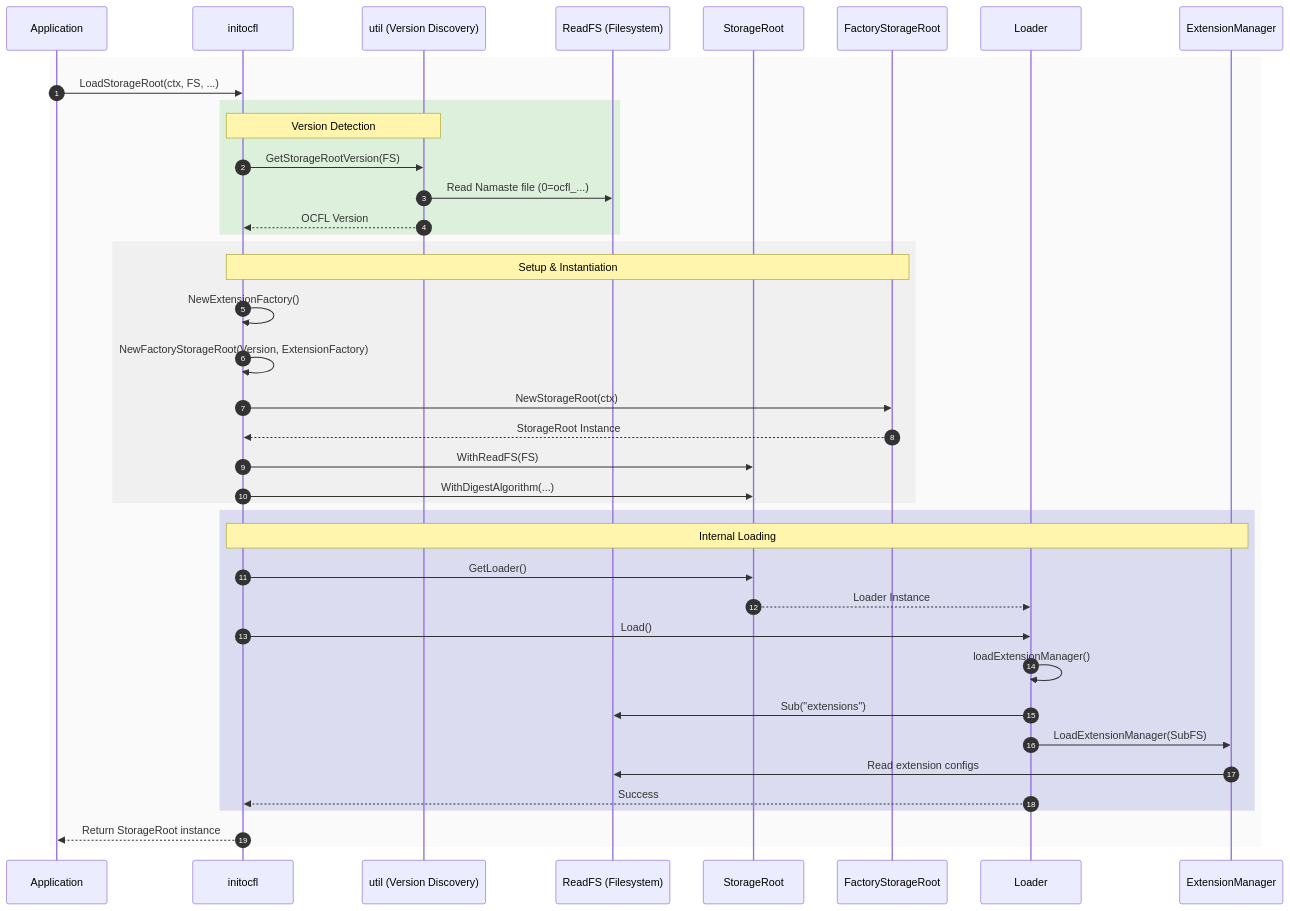
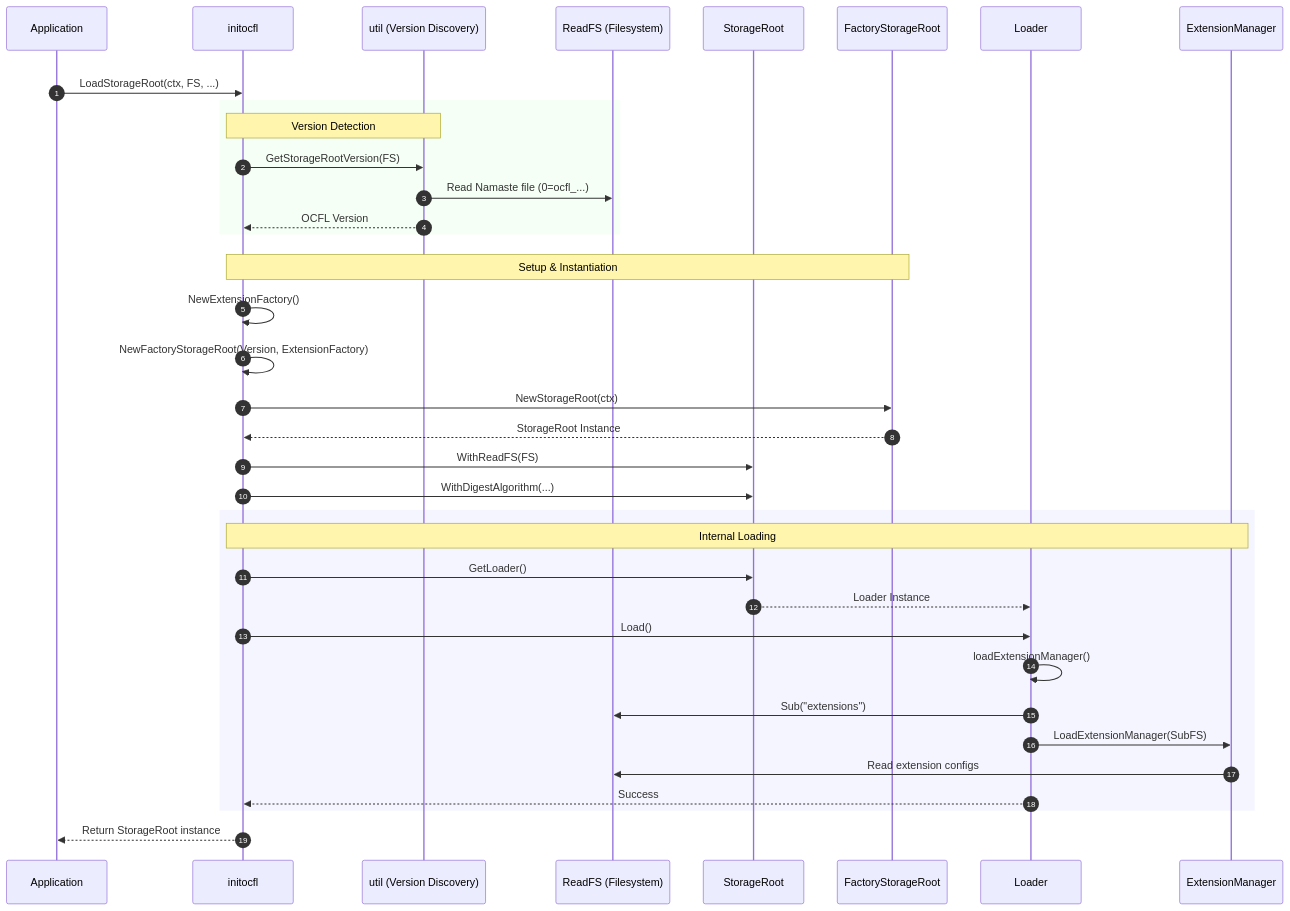
Before and after one commit to ocfl-archive/gocfl: the diagram in pkg/ocfl/storageroot/docs/load_sequence.md, drawn with Mermaid. The commit also changed 4 other files, not shown here.

Commit message:
Updated Mermaid sequence diagrams across documentation to enhance color consistency in `rect` syntax for improved readability.

````diff
--- a/pkg/ocfl/storageroot/docs/load_sequence.md
+++ b/pkg/ocfl/storageroot/docs/load_sequence.md
@@ -9,47 +9,47 @@
 ```mermaid
 sequenceDiagram
     autonumber
-    rect rgb(250, 250, 250)
+    rect rgb(255, 255, 255)
     participant App as Application
     participant Init as initocfl
     participant Util as util (Version Discovery)
     participant FS as ReadFS (Filesystem)
     participant SR as StorageRoot
     participant Factory as FactoryStorageRoot
     participant Loader as Loader
     participant EM as ExtensionManager
 
     App->>Init: LoadStorageRoot(ctx, FS, ...)
     
-    rect rgb(220, 240, 220)
+    rect rgb(245, 255, 245)
     Note over Init, Util: Version Detection
     Init->>Util: GetStorageRootVersion(FS)
     Util->>FS: Read Namaste file (0=ocfl_...)
     Util-->>Init: OCFL Version
     end
 
-    rect rgb(240, 240, 240)
+    rect rgb(255, 255, 255)
     Note over Init, Factory: Setup & Instantiation
     Init->>Init: NewExtensionFactory()
     Init->>Init: NewFactoryStorageRoot(Version, ExtensionFactory)
     Init->>Factory: NewStorageRoot(ctx)
     Factory-->>Init: StorageRoot Instance
     Init->>SR: WithReadFS(FS)
     Init->>SR: WithDigestAlgorithm(...)
     end
 
-    rect rgb(220, 220, 240)
+    rect rgb(245, 245, 255)
     Note over Init, EM: Internal Loading
     Init->>SR: GetLoader()
     SR-->>Loader: Loader Instance
     Init->>Loader: Load()
     Loader->>Loader: loadExtensionManager()
     Loader->>FS: Sub("extensions")
     Loader->>EM: LoadExtensionManager(SubFS)
     EM->>FS: Read extension configs
     Loader-->>Init: Success
     end
 
     Init-->>App: Return StorageRoot instance
     end
 ```
````
